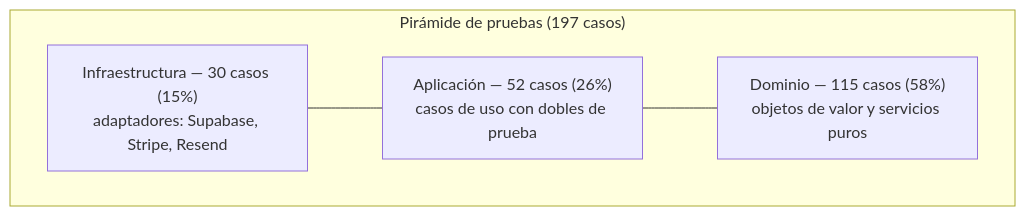
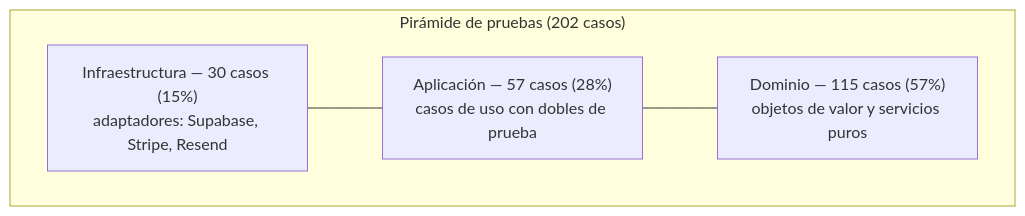
Before and after one commit to Ogires/reservas-chanantes: the diagram in docs/memoria/06-pruebas-calidad.md, drawn with Mermaid. The commit also changed other lines of this file and 5 other files, not shown here.

````diff
--- a/docs/memoria/06-pruebas-calidad.md
+++ b/docs/memoria/06-pruebas-calidad.md
@@ -29,9 +29,9 @@
 ```mermaid
 flowchart TB
-    subgraph Pyramid["Pirámide de pruebas (197 casos)"]
+    subgraph Pyramid["Pirámide de pruebas (202 casos)"]
         I["Infraestructura — 30 casos (15%)<br/>adaptadores: Supabase, Stripe, Resend"]
-        A["Aplicación — 52 casos (26%)<br/>casos de uso con dobles de prueba"]
-        D["Dominio — 115 casos (58%)<br/>objetos de valor y servicios puros"]
+        A["Aplicación — 57 casos (28%)<br/>casos de uso con dobles de prueba"]
+        D["Dominio — 115 casos (57%)<br/>objetos de valor y servicios puros"]
     end
     I --- A --- D
 ```
````
